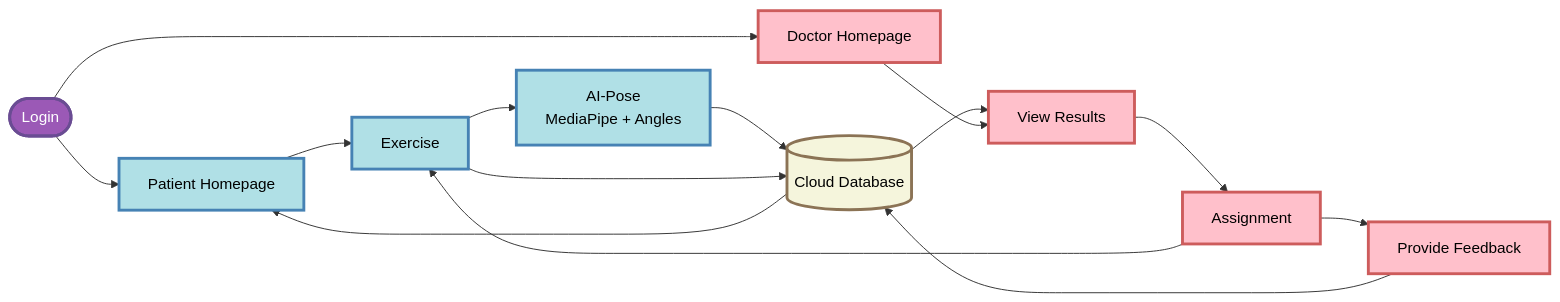
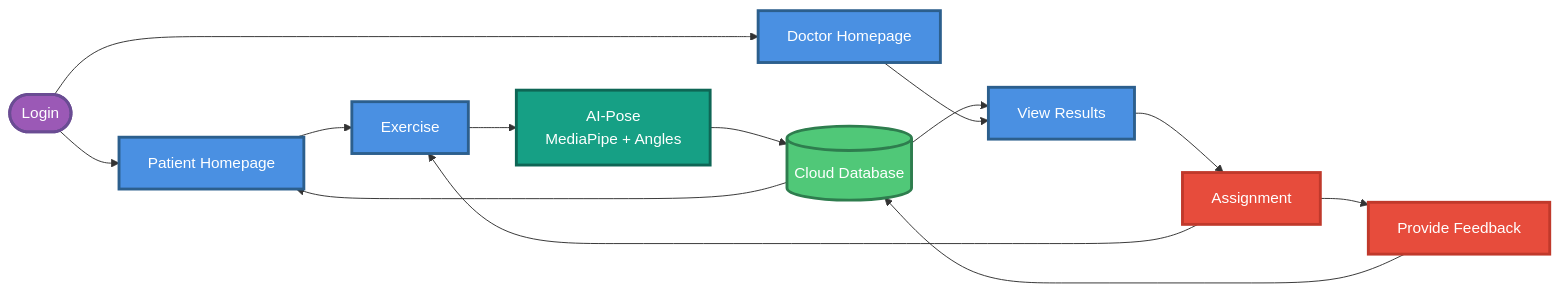
Before and after one commit to majidsafwaan2/gymguard: the diagram in SYSTEM_ARCHITECTURE_FLOWCHART.md, drawn with Mermaid.

Commit message:
Fix overlapping arrows and apply blockchain-style colors/shapes

````diff
--- a/SYSTEM_ARCHITECTURE_FLOWCHART.md
+++ b/SYSTEM_ARCHITECTURE_FLOWCHART.md
@@ -3,33 +3,32 @@
 ```mermaid
 flowchart LR
     Login([Login]) --> Patient[Patient Homepage]
     Login --> Doctor[Doctor Homepage]
     
     Patient --> Exercise[Exercise]
     Exercise --> AIPose["AI-Pose<br/>MediaPipe + Angles"]
-    
     AIPose --> Cloud[(Cloud Database)]
-    Exercise --> Cloud
     
     Cloud --> ViewResults[View Results]
-    
     Doctor --> ViewResults
     ViewResults --> Assignment[Assignment]
     Assignment --> Feedback[Provide Feedback]
     
     Feedback --> Cloud
     Cloud --> Patient
     
     Assignment --> Exercise
     
-    %% Styling
-    classDef patientNode fill:#B0E0E6,stroke:#4682B4,stroke-width:3px,color:#000
-    classDef doctorNode fill:#FFC0CB,stroke:#CD5C5C,stroke-width:3px,color:#000
-    classDef cloudNode fill:#F5F5DC,stroke:#8B7355,stroke-width:3px,color:#000
+    %% Styling - matching blockchain flowchart style
+    classDef main fill:#4A90E2,stroke:#2C5F8D,stroke-width:3px,color:#fff
+    classDef store fill:#50C878,stroke:#2E7D4E,stroke-width:3px,color:#fff
     classDef start fill:#9B59B6,stroke:#6A4C93,stroke-width:3px,color:#fff
+    classDef process fill:#16A085,stroke:#0E6655,stroke-width:3px,color:#fff
+    classDef highlight fill:#E74C3C,stroke:#C0392B,stroke-width:3px,color:#fff
     
-    class Patient,Exercise,AIPose patientNode
-    class Doctor,ViewResults,Assignment,Feedback doctorNode
-    class Cloud cloudNode
+    class Patient,Exercise,Doctor,ViewResults main
+    class Cloud store
     class Login start
+    class AIPose process
+    class Assignment,Feedback highlight
 ```
````
